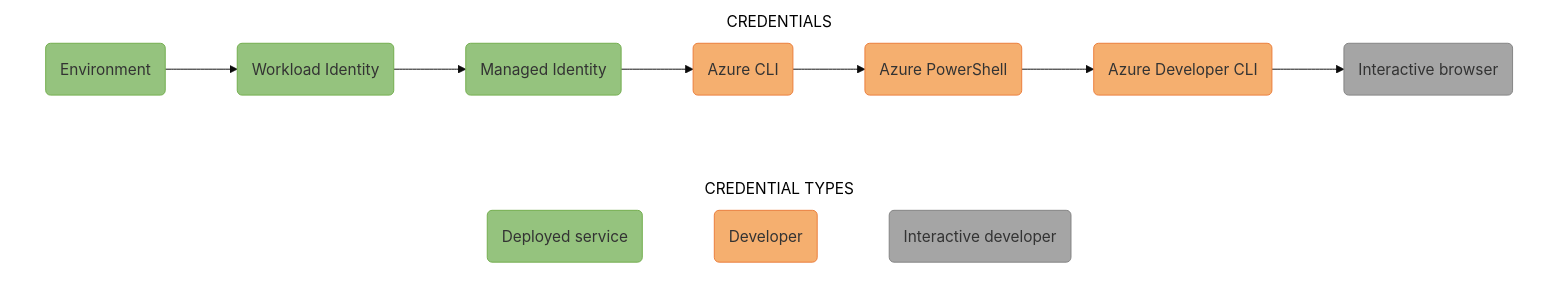
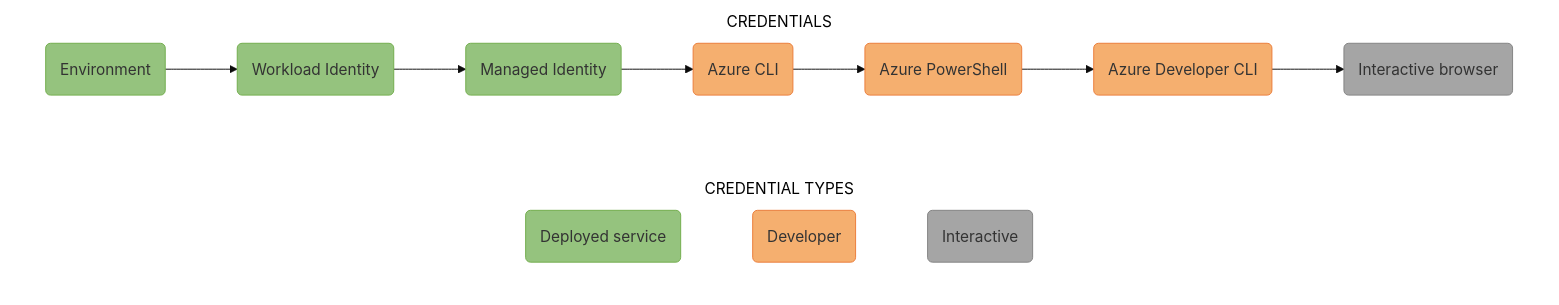
Before and after one commit to Azure/azure-sdk-for-python: the diagram in sdk/identity/azure-identity/images/mermaidjs/DefaultAzureCredentialAuthFlow.md, drawn with Mermaid. The commit also changed 1 other file, not shown here.

Commit message:
Update credential type text

````diff
--- a/sdk/identity/azure-identity/images/mermaidjs/DefaultAzureCredentialAuthFlow.md
+++ b/sdk/identity/azure-identity/images/mermaidjs/DefaultAzureCredentialAuthFlow.md
@@ -1,42 +1,42 @@
 ```mermaid
 %% STEPS TO GENERATE IMAGE
 %% =======================
 %% 1. Install mermaid CLI (see https://github.com/mermaid-js/mermaid-cli/blob/master/README.md).
 %%    v10.9.1 is known good for our process. npm i -g @mermaid-js/mermaid-cli@10.9.1
 %% 2. Run command: mmdc -i DefaultAzureCredentialAuthFlow.md -o DefaultAzureCredentialAuthFlow.svg
 
 %%{
   init: {
     'theme': 'base',
     'themeVariables': {
       'tertiaryBorderColor': '#fff',
       'tertiaryColor': '#fff'
     }
   }
 }%%
 
 flowchart LR;
     subgraph CREDENTIAL TYPES;
         direction LR;
-        Deployed(Deployed service):::deployed ~~~ Developer(Developer):::developer ~~~ Interactive(Interactive developer):::interactive;
+        Deployed(Deployed service):::deployed ~~~ Developer(Developer):::developer ~~~ Interactive(Interactive):::interactive;
     end;
 
     subgraph CREDENTIALS;
         direction LR;
         A(Environment):::deployed --> B(Workload Identity):::deployed --> C(Managed Identity):::deployed --> D(Azure CLI):::developer --> E(Azure PowerShell):::developer --> F(Azure Developer CLI):::developer --> G(Interactive browser):::interactive;
     end;
 
     %% Define styles for credential type boxes
     classDef deployed fill:#95C37E, stroke:#71AD4C;
     classDef developer fill:#F5AF6F, stroke:#EB7C39;
     classDef interactive fill:#A5A5A5, stroke:#828282;
 
     %% Add API ref links to credential type boxes
     click A "https://aka.ms/azsdk/python/identity/environmentcredential" _blank;
     click B "https://aka.ms/azsdk/python/identity/workloadidentitycredential" _blank;
     click C "https://aka.ms/azsdk/python/identity/managedidentitycredential" _blank;
     click D "https://aka.ms/azsdk/python/identity/azclicredential" _blank;
     click E "https://aka.ms/azsdk/python/identity/powershellcredential" _blank;
     click F "https://aka.ms/azsdk/python/identity/azuredeveloperclicredential" _blank;
     click G "https://aka.ms/azsdk/python/identity/interactivebrowsercredential" _blank;
 ```
````
